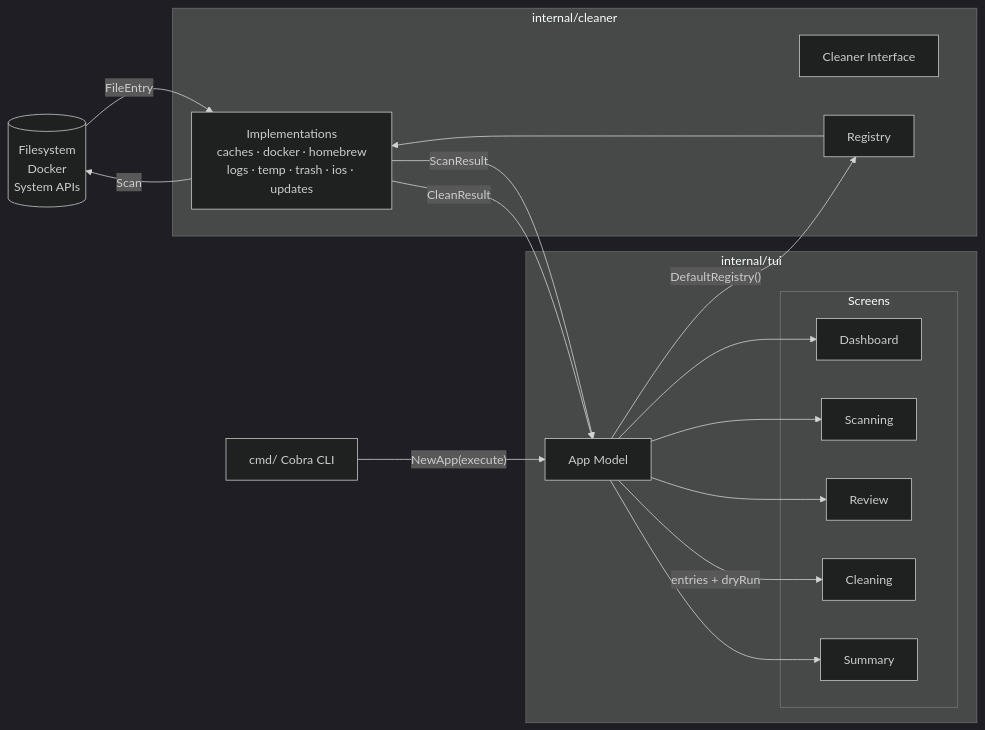
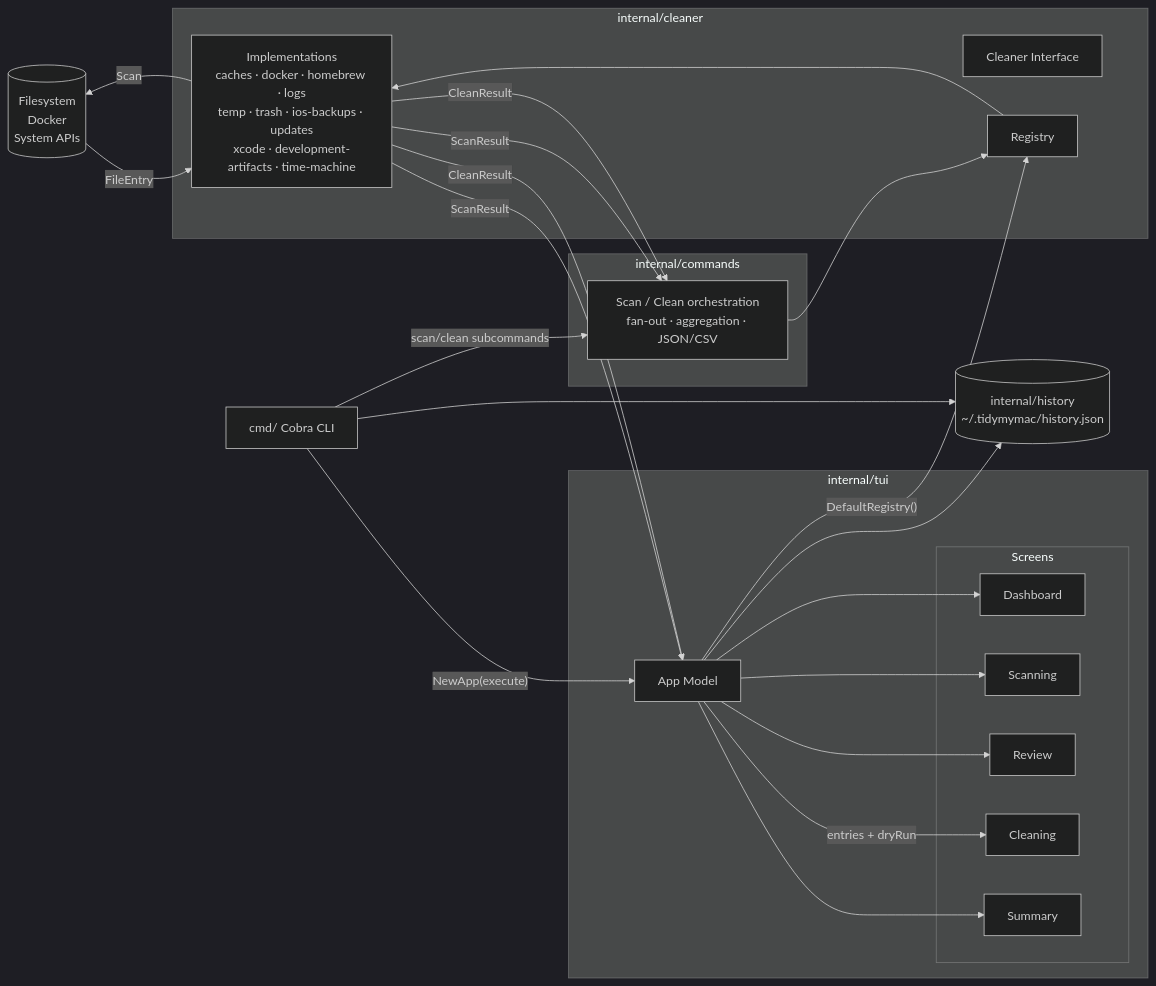
The sixth of 8 diagrams in docs/ARCHITECTURE.md (viniciussouzao/tidymymac), drawn with Mermaid (dark theme) before and after one commit. The commit also changed other lines of this file, not shown here.

````diff
--- a/docs/ARCHITECTURE.md
+++ b/docs/ARCHITECTURE.md
@@ -279,36 +381,47 @@
 ```mermaid
 flowchart LR
     FS[(Filesystem\nDocker\nSystem APIs)]
 
     subgraph internal/cleaner
         CI[Cleaner Interface]
         REG[Registry]
-        IMPL[Implementations\ncaches · docker · homebrew\nlogs · temp · trash · ios · updates]
+        IMPL[Implementations\ncaches · docker · homebrew · logs\ntemp · trash · ios-backups · updates\nxcode · development-artifacts · time-machine]
+    end
+
+    subgraph internal/commands
+        CMDS[Scan / Clean orchestration\nfan-out · aggregation · JSON/CSV]
     end
 
     subgraph internal/tui
         APP[App Model]
         subgraph Screens
             DASH[Dashboard]
             SCAN[Scanning]
             REV[Review]
             CLEAN[Cleaning]
             SUM[Summary]
         end
     end
 
     CLI[cmd/ Cobra CLI]
+    HIST[(internal/history\n~/.tidymymac/history.json)]
 
     CLI -->|"NewApp(execute)"| APP
+    CLI -->|scan/clean subcommands| CMDS
+    CMDS --> REG
     APP -->|"DefaultRegistry()"| REG
     REG --> IMPL
     IMPL -->|Scan| FS
     FS -->|FileEntry| IMPL
+    IMPL -->|ScanResult| CMDS
     IMPL -->|ScanResult| APP
     APP --> DASH
     APP --> SCAN
     APP --> REV
     APP -->|"entries + dryRun"| CLEAN
     IMPL -->|CleanResult| APP
+    IMPL -->|CleanResult| CMDS
     APP --> SUM
+    APP --> HIST
+    CLI --> HIST
 ```
````
